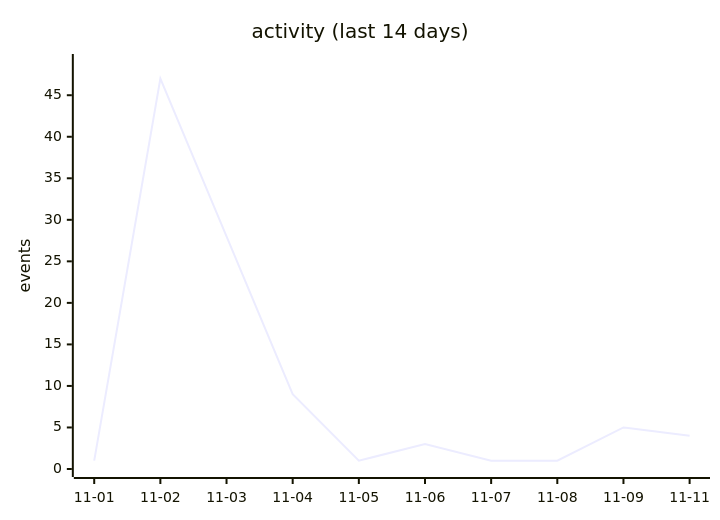
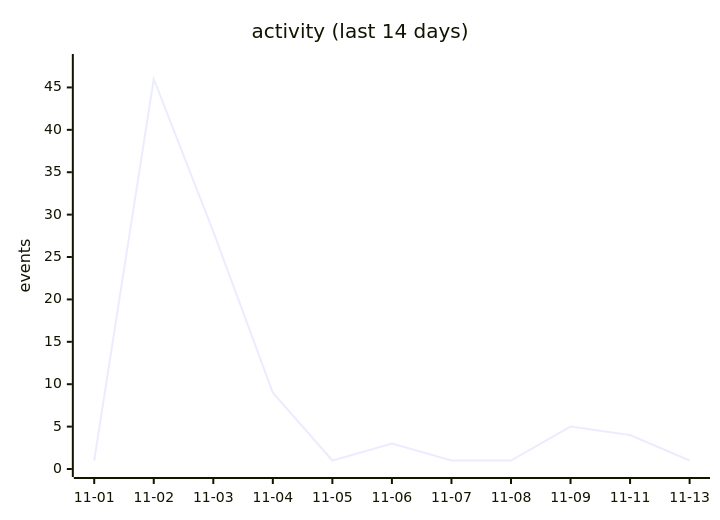
One commit to lunarshe11/lunarshe11 changed the second of 3 diagrams in README.md. Above: the diagram before and after it, drawn with Mermaid. The commit also changed other lines of this file, not shown here.

````diff
--- a/README.md
+++ b/README.md
@@ -42,7 +44,7 @@
 ```mermaid
 xychart-beta
     title "activity (last 14 days)"
-    x-axis ["11-01", "11-02", "11-03", "11-04", "11-05", "11-06", "11-07", "11-08", "11-09", "11-11"]
-    y-axis "events" 0 --> 49
-    line [1, 47, 28, 9, 1, 3, 1, 1, 5, 4]
+    x-axis ["11-01", "11-02", "11-03", "11-04", "11-05", "11-06", "11-07", "11-08", "11-09", "11-11", "11-13"]
+    y-axis "events" 0 --> 48
+    line [1, 46, 28, 9, 1, 3, 1, 1, 5, 4, 1]
 ```
````
